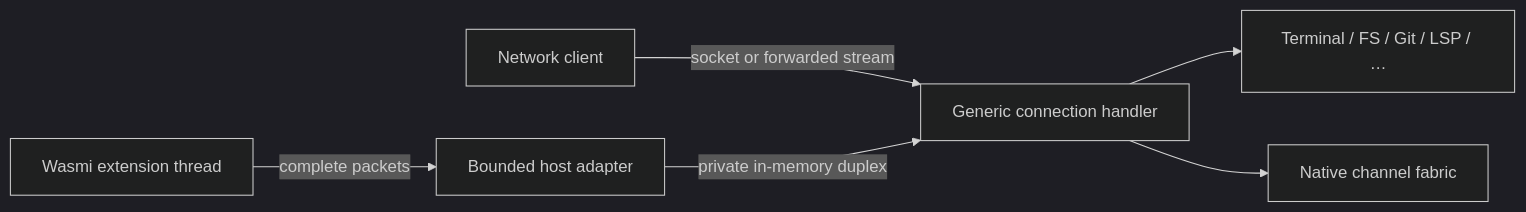
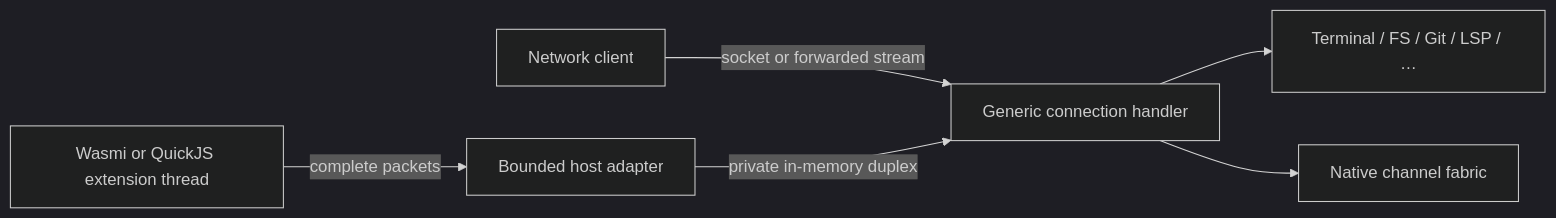
Before and after one commit to indent-com/blit: the first of 2 diagrams in docs/design/extensions.md, drawn with Mermaid (dark theme). The commit also changed other lines of this file and 32 other files, not shown here.

````diff
--- a/docs/design/extensions.md
+++ b/docs/design/extensions.md
@@ -233,8 +240,8 @@
 ```mermaid
 flowchart LR
     Network["Network client"] -->|socket or forwarded stream| Handler["Generic connection handler"]
-    Extension["Wasmi extension thread"] -->|complete packets| Adapter["Bounded host adapter"]
+    Extension["Wasmi or QuickJS extension thread"] -->|complete packets| Adapter["Bounded host adapter"]
     Adapter -->|private in-memory duplex| Handler
     Handler --> Existing["Terminal / FS / Git / LSP / …"]
     Handler --> Fabric["Native channel fabric"]
 ```
````
